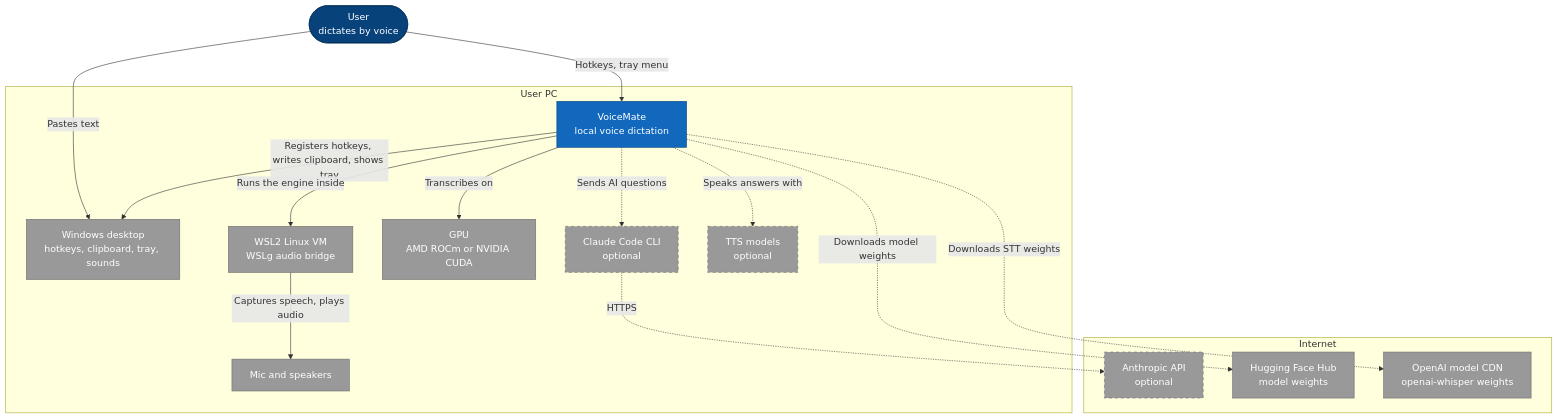
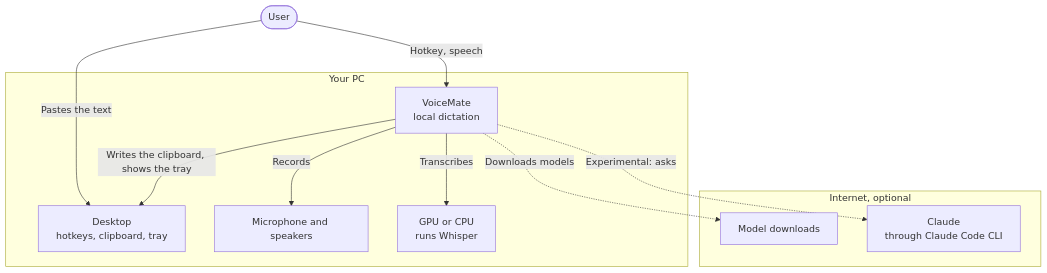
The first of 5 diagrams in README.md (nano-br/voice-mate), drawn with Mermaid before and after one commit. The commit also changed other lines of this file and 2 other files, not shown here.

First line of the commit message:
docs(readme): use simplified overview diagrams and pin Ubuntu 24.04

````diff
--- a/README.md
+++ b/README.md
@@ -146,41 +146,21 @@
 ```mermaid
 flowchart TB
-    user(["User<br/>dictates by voice"])
-
-    subgraph pc["User PC"]
-        vm["VoiceMate<br/>local voice dictation"]
-        win["Windows desktop<br/>hotkeys, clipboard, tray, sounds"]
-        wsl["WSL2 Linux VM<br/>WSLg audio bridge"]
-        gpu["GPU<br/>AMD ROCm or NVIDIA CUDA"]
-        audio["Mic and speakers"]
-        cli["Claude Code CLI<br/>optional"]
-        tts["TTS models<br/>optional"]
+    user(["User"])
+    subgraph pc["Your PC"]
+        vm["VoiceMate<br/>local dictation"]
+        desk["Desktop<br/>hotkeys, clipboard, tray"]
+        audio["Microphone and speakers"]
+        gpu["GPU or CPU<br/>runs Whisper"]
     end
-
-    subgraph net["Internet"]
-        api["Anthropic API<br/>optional"]
-        hf["Hugging Face Hub<br/>model weights"]
-        cdn["OpenAI model CDN<br/>openai-whisper weights"]
+    subgraph net["Internet, optional"]
+        hub["Model downloads"]
+        claude["Claude<br/>through Claude Code CLI"]
     end
-
-    user -->|"Hotkeys, tray menu"| vm
-    user -->|"Pastes text"| win
-    vm -->|"Registers hotkeys, writes clipboard, shows tray"| win
-    vm -->|"Runs the engine inside"| wsl
-    wsl -->|"Captures speech, plays audio"| audio
-    vm -->|"Transcribes on"| gpu
-    vm -.->|"Sends AI questions"| cli
-    cli -.->|"HTTPS"| api
-    vm -.->|"Speaks answers with"| tts
-    vm -.->|"Downloads model weights"| hf
-    vm -.->|"Downloads STT weights"| cdn
-
-    classDef person fill:#08427b,stroke:#052e56,color:#ffffff
-    classDef system fill:#1168bd,stroke:#0b4884,color:#ffffff
-    classDef external fill:#999999,stroke:#6b6b6b,color:#ffffff
-    classDef optional fill:#999999,stroke:#6b6b6b,color:#ffffff,stroke-dasharray:5 5
-    class user person
-    class vm system
-    class win,wsl,gpu,audio,hf,cdn external
-    class cli,tts,api optional
+    user -->|"Hotkey, speech"| vm
+    user -->|"Pastes the text"| desk
+    vm -->|"Writes the clipboard, shows the tray"| desk
+    vm -->|"Records"| audio
+    vm -->|"Transcribes"| gpu
+    vm -.->|"Downloads models"| hub
+    vm -.->|"Experimental: asks"| claude
 ```
````
